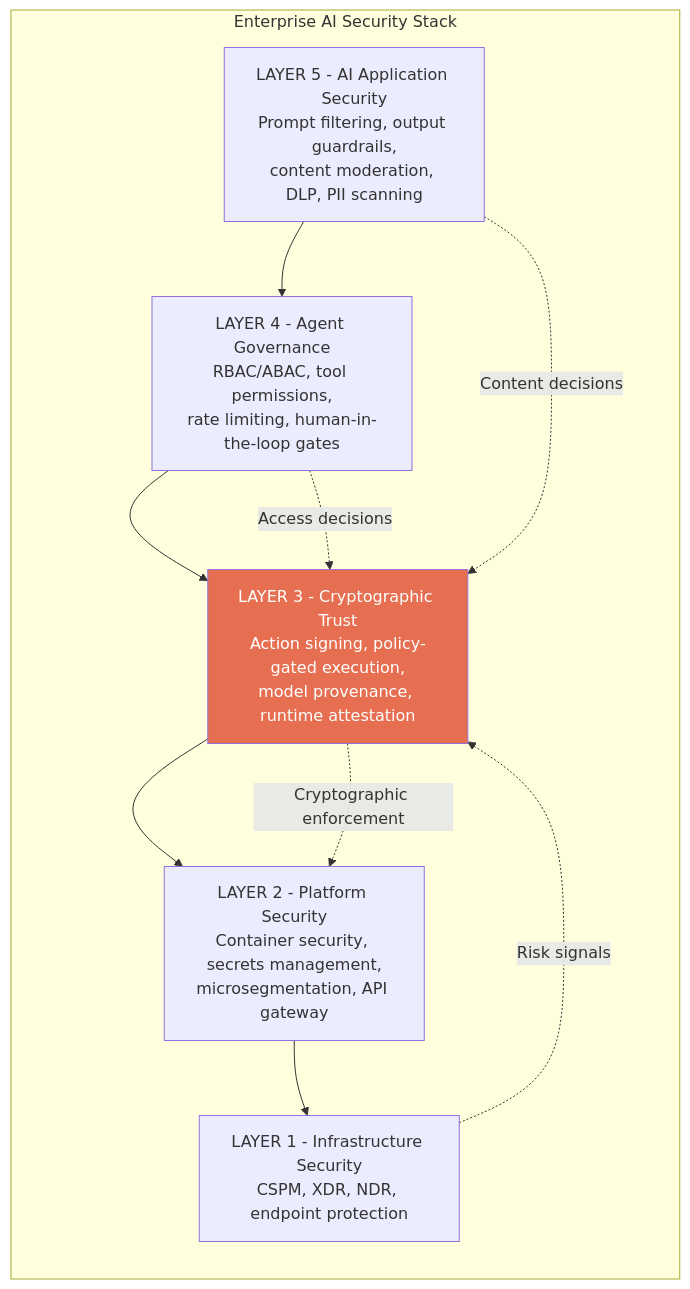
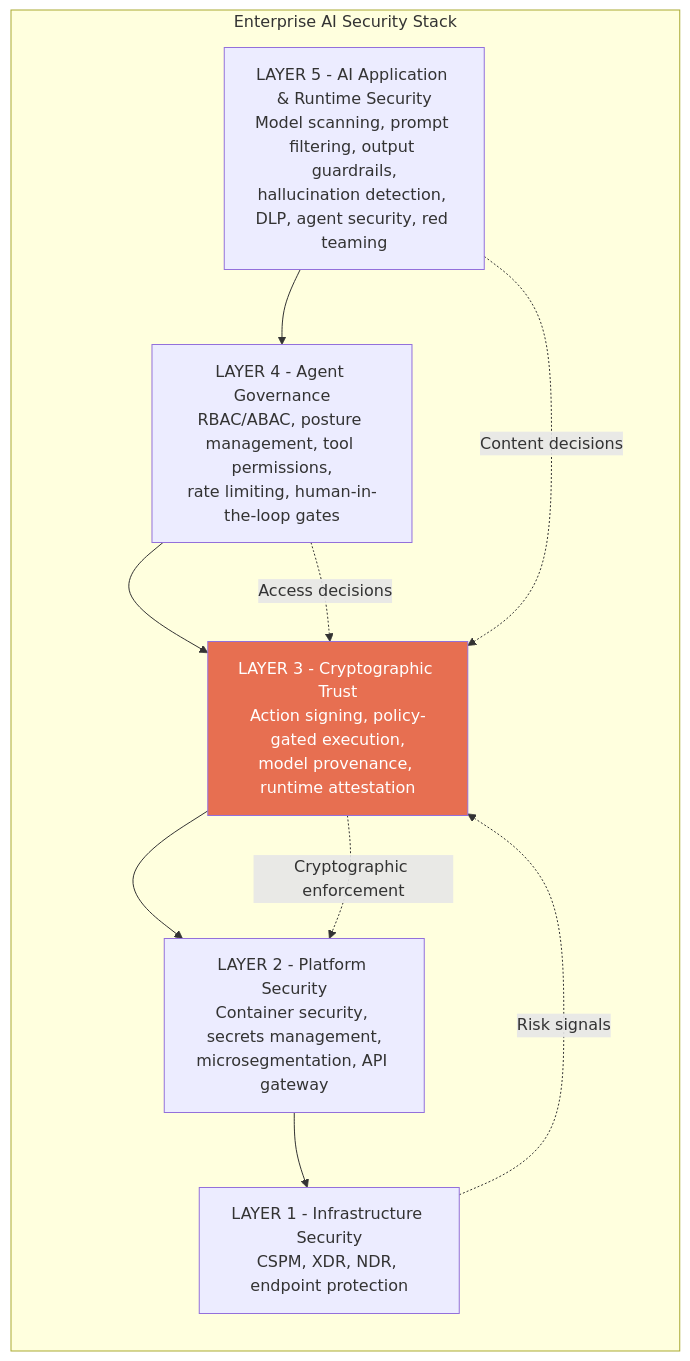
Diagram 13 of 13 in cryptographic-trust-layer-thesis.md (kjayashr/cryptographic-trust-layer), drawn with Mermaid before and after one commit. The commit also changed other lines of this file, not shown here.

First line of the commit message:
Expand threat model to 9 vectors, acknowledge existing platform coverage

````diff
--- a/cryptographic-trust-layer-thesis.md
+++ b/cryptographic-trust-layer-thesis.md
@@ -564,20 +579,20 @@
 ```mermaid
 graph TB
     subgraph "Enterprise AI Security Stack"
         direction TB
-        L5["LAYER 5 - AI Application Security<br/>Prompt filtering, output guardrails,<br/>content moderation, DLP, PII scanning"]
-        L4["LAYER 4 - Agent Governance<br/>RBAC/ABAC, tool permissions,<br/>rate limiting, human-in-the-loop gates"]
+        L5["LAYER 5 - AI Application & Runtime Security<br/>Model scanning, prompt filtering, output guardrails,<br/>hallucination detection, DLP, agent security, red teaming"]
+        L4["LAYER 4 - Agent Governance<br/>RBAC/ABAC, posture management, tool permissions,<br/>rate limiting, human-in-the-loop gates"]
         L3["LAYER 3 - Cryptographic Trust<br/>Action signing, policy-gated execution,<br/>model provenance, runtime attestation"]
         L2["LAYER 2 - Platform Security<br/>Container security, secrets management,<br/>microsegmentation, API gateway"]
         L1["LAYER 1 - Infrastructure Security<br/>CSPM, XDR, NDR, endpoint protection"]
     end
 
     L5 --> L4 --> L3 --> L2 --> L1
 
     L5 -.->|"Content decisions"| L3
     L4 -.->|"Access decisions"| L3
     L3 -.->|"Cryptographic enforcement"| L2
     L1 -.->|"Risk signals"| L3
 
     style L3 fill:#e76f51,color:#fff
 ```
````
